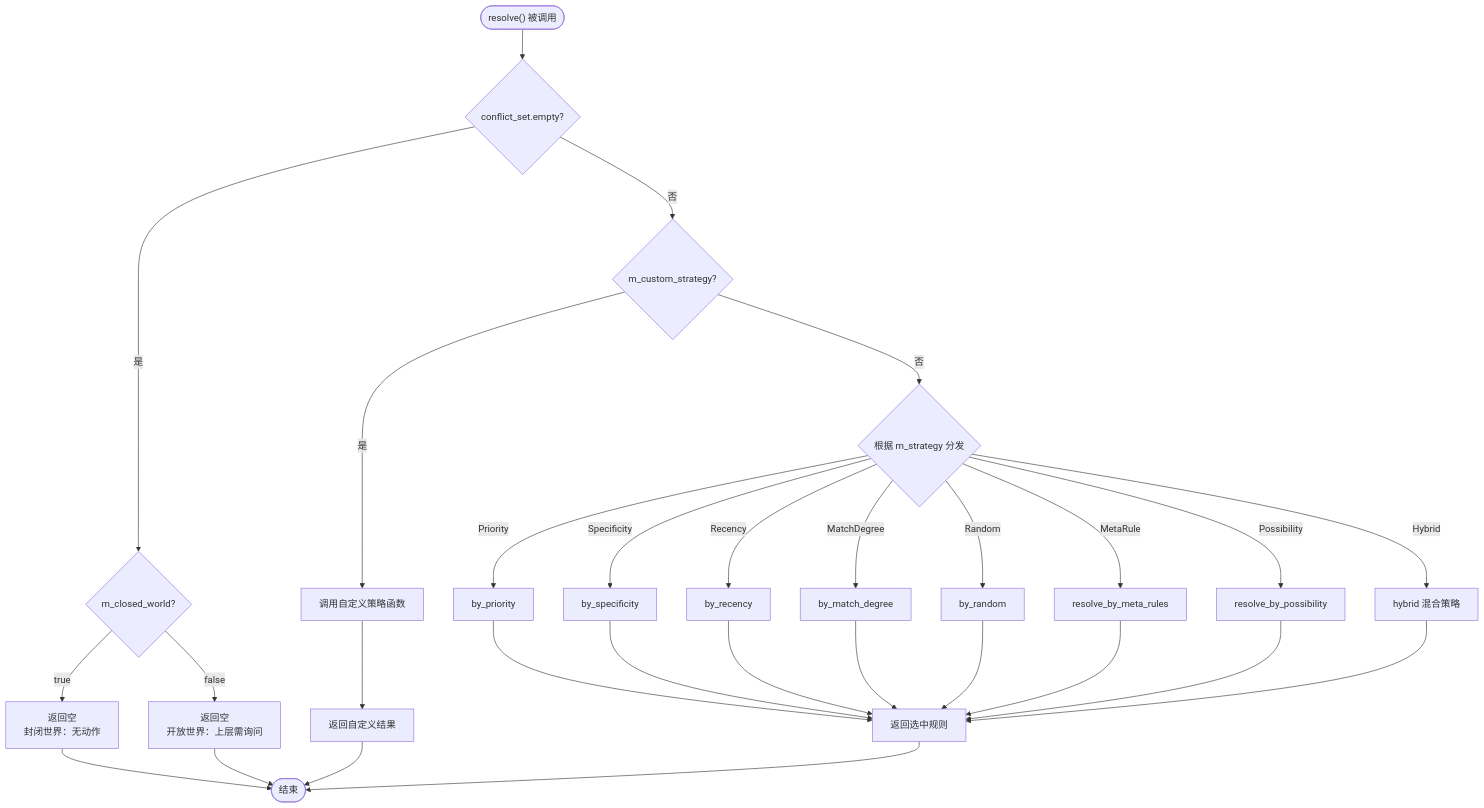
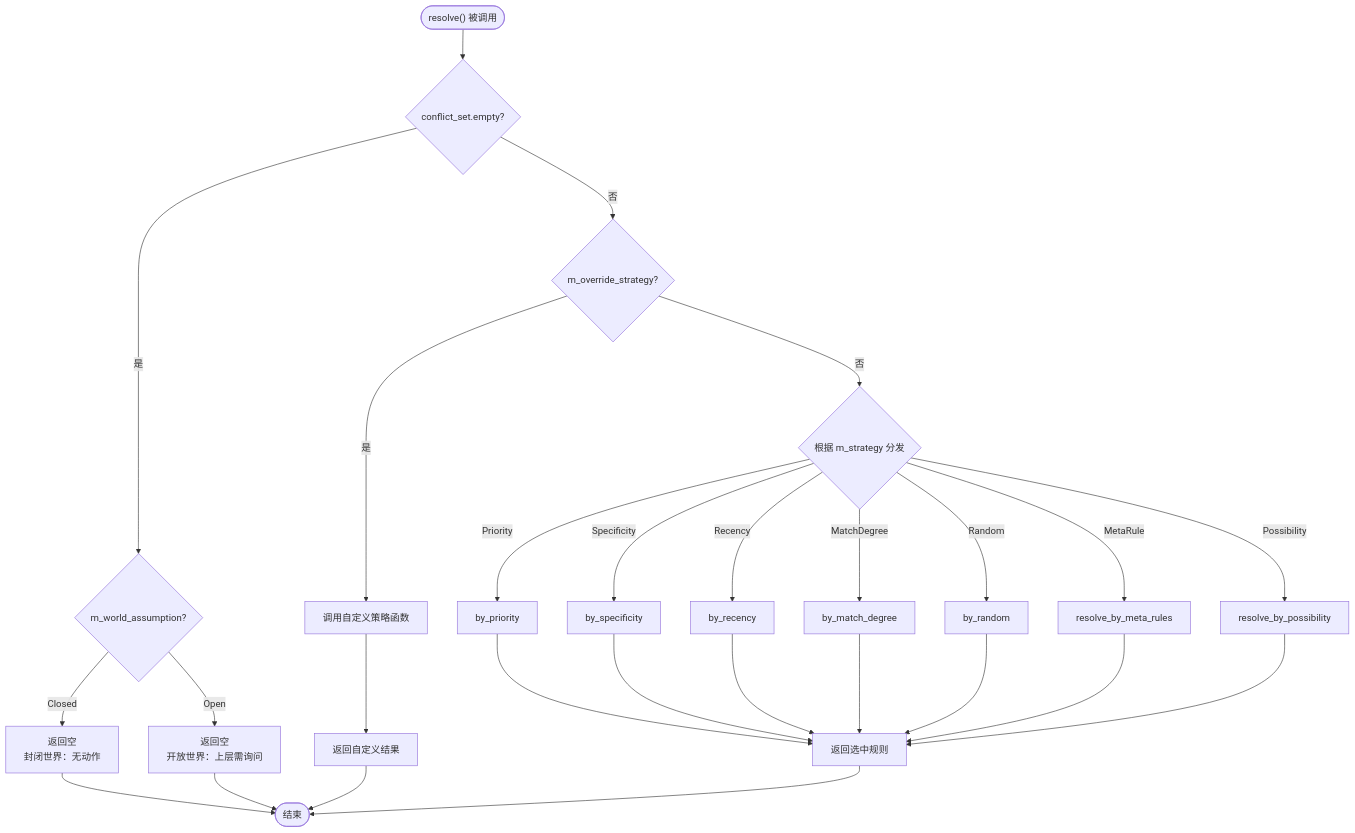
One commit to autentisitet/ai-expert-system changed the second of 4 diagrams in docs/conflict_resolver_design.md. Above: the diagram before and after it, drawn with Mermaid. The commit also changed other lines of this file and 2 other files, not shown here.

Commit message:
docs: add data_processing_pipeline.md;fix conflict_resolver_design.md

````diff
--- a/docs/conflict_resolver_design.md
+++ b/docs/conflict_resolver_design.md
@@ -179,37 +186,35 @@
 ```mermaid
 flowchart TD
     start(["resolve() 被调用"]) --> checkConflictSet{"conflict_set.empty?"}
 
-    checkConflictSet -->|是| closedWorld{"m_closed_world?"}
-    closedWorld -->|true| returnEmpty1["返回空<br/>封闭世界：无动作"]
-    closedWorld -->|false| returnEmpty2["返回空<br/>开放世界：上层需询问"]
+    checkConflictSet -->|是| worldAssumption{"m_world_assumption?"}
+    worldAssumption -->|Closed| returnEmpty1["返回空<br/>封闭世界：无动作"]
+    worldAssumption -->|Open| returnEmpty2["返回空<br/>开放世界：上层需询问"]
 
-    checkConflictSet -->|否| customStrategy{"m_custom_strategy?"}
-    customStrategy -->|是| useCustom["调用自定义策略函数"]
+    checkConflictSet -->|否| overrideStrategy{"m_override_strategy?"}
+    overrideStrategy -->|是| useCustom["调用自定义策略函数"]
     useCustom --> returnCustom["返回自定义结果"]
 
-    customStrategy -->|否| strategySwitch{"根据 m_strategy 分发"}
+    overrideStrategy -->|否| strategySwitch{"根据 m_strategy 分发"}
 
     strategySwitch -->|Priority| byPriority["by_priority"]
     strategySwitch -->|Specificity| bySpecificity["by_specificity"]
     strategySwitch -->|Recency| byRecency["by_recency"]
     strategySwitch -->|MatchDegree| byMatchDegree["by_match_degree"]
     strategySwitch -->|Random| byRandom["by_random"]
     strategySwitch -->|MetaRule| byMetaRule["resolve_by_meta_rules"]
     strategySwitch -->|Possibility| byPossibility["resolve_by_possibility"]
-    strategySwitch -->|Hybrid| byHybrid["hybrid 混合策略"]
 
     byPriority --> returnResult["返回选中规则"]
     bySpecificity --> returnResult
     byRecency --> returnResult
     byMatchDegree --> returnResult
     byRandom --> returnResult
     byMetaRule --> returnResult
     byPossibility --> returnResult
-    byHybrid --> returnResult
 
     returnResult --> endNode(["结束"])
     returnEmpty1 --> endNode
     returnEmpty2 --> endNode
     returnCustom --> endNode
 ```
````
